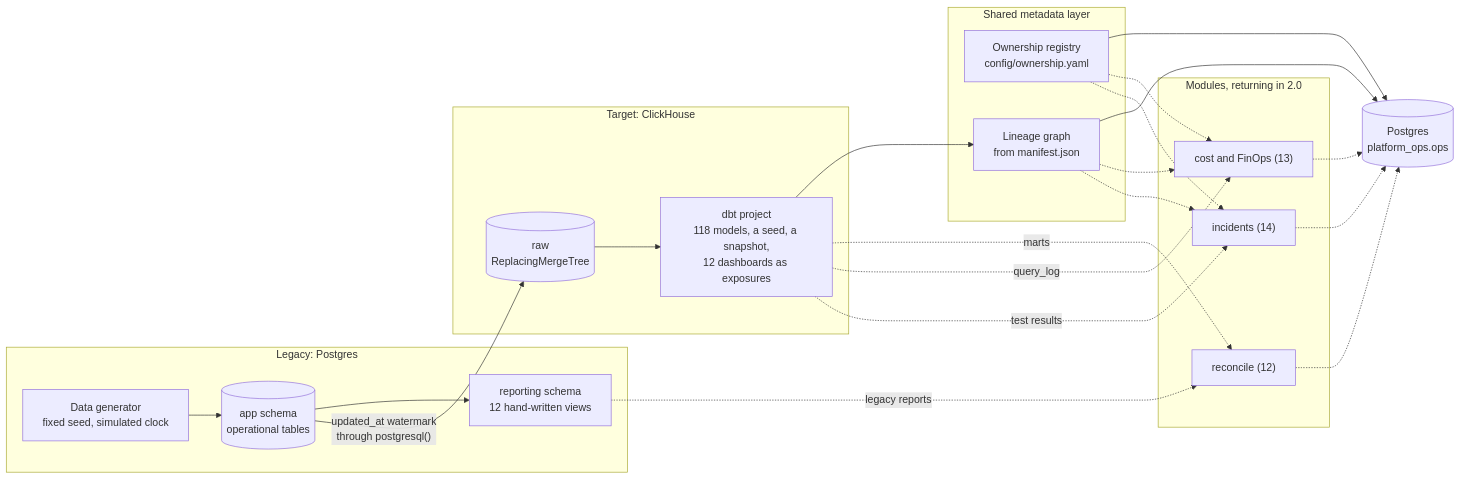
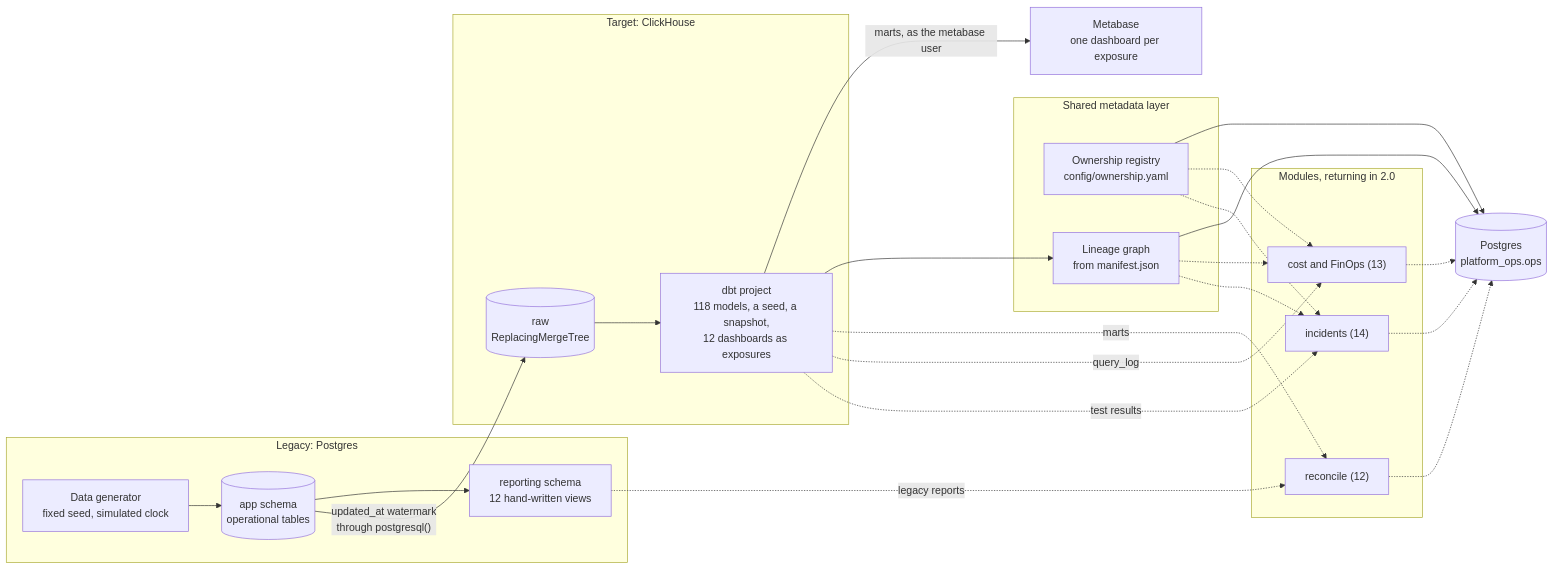
One commit to nguyenngocthien0206/data-platform-ops changed the diagram in README.md. Above: the diagram before and after it, drawn with Mermaid. The commit also changed other lines of this file and 5 other files, not shown here.

````diff
--- a/README.md
+++ b/README.md
@@ -33,34 +33,36 @@
 ```mermaid
 flowchart LR
     subgraph legacy["Legacy: Postgres"]
         gen["Data generator<br/>fixed seed, simulated clock"] --> app[("app schema<br/>operational tables")]
         app --> rep["reporting schema<br/>12 hand-written views"]
     end
 
     subgraph warehouse["Target: ClickHouse"]
         raw[("raw<br/>ReplacingMergeTree")] --> dbt["dbt project<br/>118 models, a seed, a snapshot,<br/>12 dashboards as exposures"]
     end
+
+    dbt -- "marts, as the metabase user" --> mb["Metabase<br/>one dashboard per exposure"]
 
     app -- "updated_at watermark<br/>through postgresql()" --> raw
 
     subgraph meta["Shared metadata layer"]
         reg["Ownership registry<br/>config/ownership.yaml"]
         lin["Lineage graph<br/>from manifest.json"]
     end
 
     dbt --> lin
     reg & lin --> ops[("Postgres<br/>platform_ops.ops")]
 
     subgraph modules["Modules, returning in 2.0"]
         rec["reconcile (12)"]
         cost["cost and FinOps (13)"]
         inc["incidents (14)"]
     end
 
     rep -. legacy reports .-> rec
     dbt -. marts .-> rec
     dbt -. query_log .-> cost
     dbt -. test results .-> inc
     reg & lin -.-> cost & inc
     rec & cost & inc -.-> ops
 ```
````
